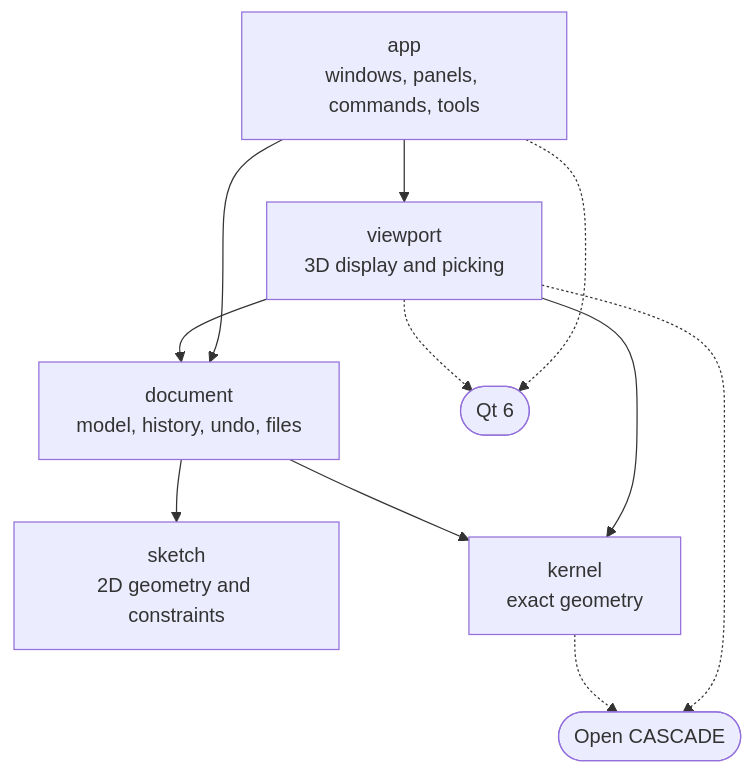
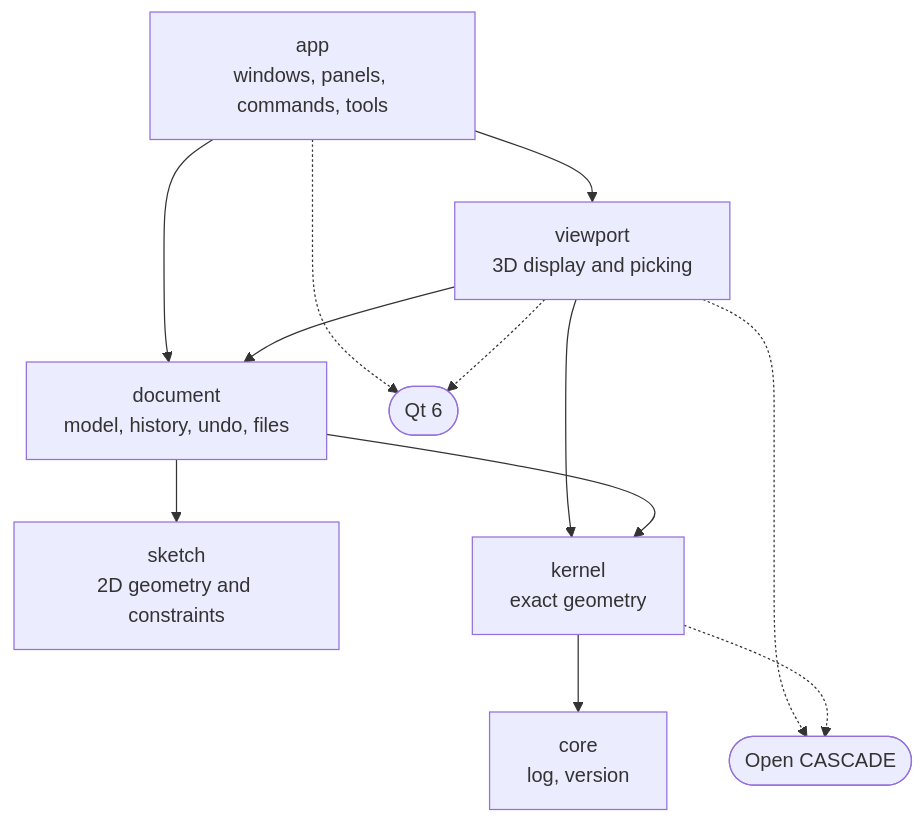
Before and after one commit to CheapAzHobbies/LCAD: the diagram in docs/ARCHITECTURE.md, drawn with Mermaid. The commit also changed other lines of this file and 12 other files, not shown here.

````diff
--- a/docs/ARCHITECTURE.md
+++ b/docs/ARCHITECTURE.md
@@ -21,21 +24,23 @@
 ```mermaid
 flowchart TD
     app["app<br/>windows, panels, commands, tools"]
     viewport["viewport<br/>3D display and picking"]
     document["document<br/>model, history, undo, files"]
     sketch["sketch<br/>2D geometry and constraints"]
     kernel["kernel<br/>exact geometry"]
+    core["core<br/>log, version"]
     qt(["Qt 6"])
     occt(["Open CASCADE"])
 
     app --> viewport
     app --> document
     viewport --> document
     viewport --> kernel
     document --> sketch
     document --> kernel
+    kernel --> core
     app -.-> qt
     viewport -.-> qt
     viewport -.-> occt
     kernel -.-> occt
 ```
````
